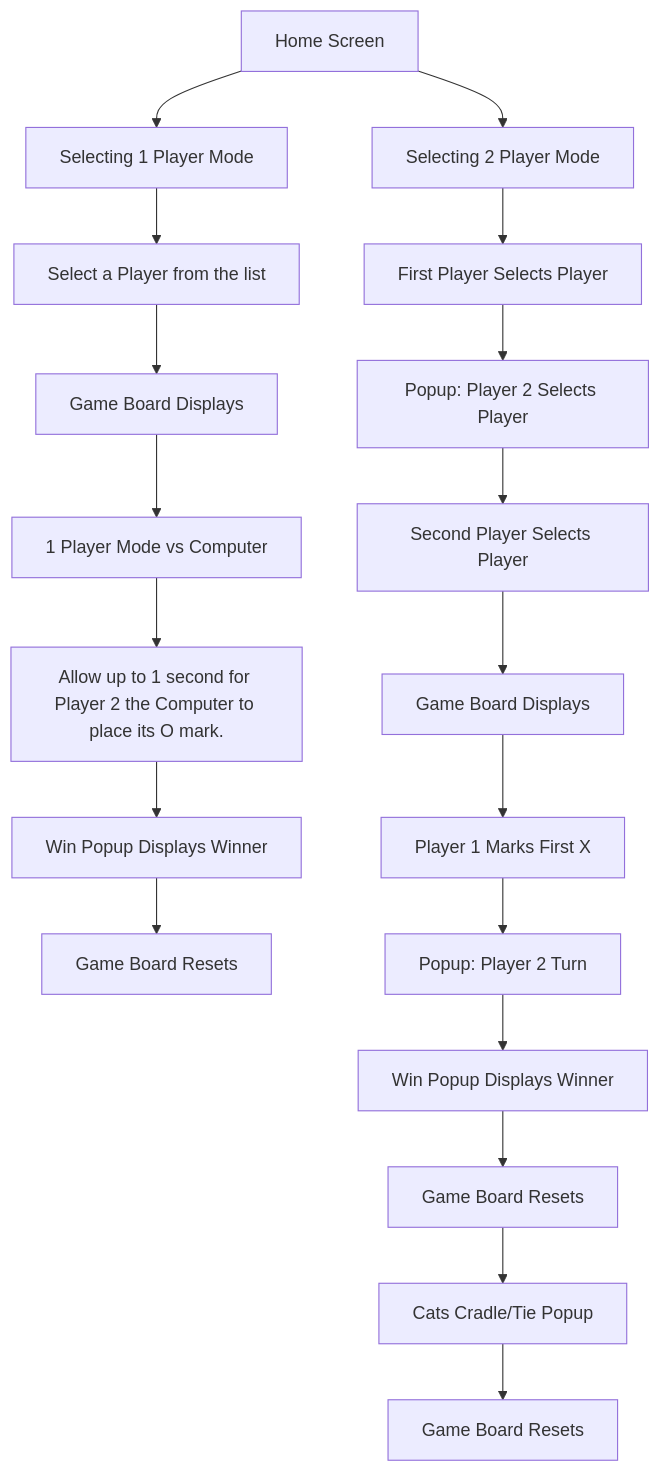
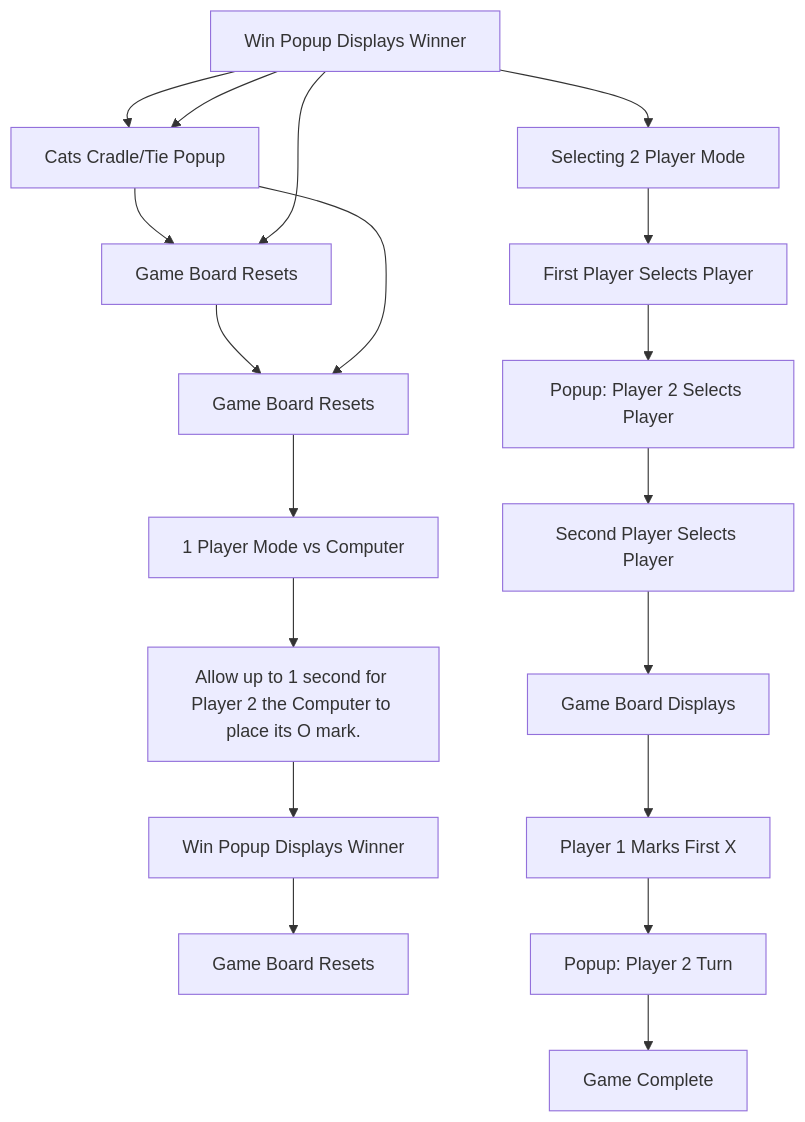
Before and after one commit to jfprogramming/tic-tac-toe: the second of 2 diagrams in README.md, drawn with Mermaid.

````diff
--- a/README.md
+++ b/README.md
@@ -59,21 +59,21 @@
 ```mermaid
 graph TD
     A[Home Screen] --> B[Selecting 1 Player Mode]
     B --> C[Select a Player from the list]
     C --> D[Game Board Displays]
     D --> E[1 Player Mode vs Computer]
     E --> F[Allow up to 1 second for Player 2 the Computer to place its O mark.]
     F --> G[Win Popup Displays Winner]
     G --> H[Game Board Resets]
     A --> I[Selecting 2 Player Mode]
     I --> J[First Player Selects Player]
     J --> K[Popup: Player 2 Selects Player]
     K --> L[Second Player Selects Player]
     L --> M[Game Board Displays]
     M --> N[Player 1 Marks First X]
     N --> O[Popup: Player 2 Turn]
-    O --> P[Win Popup Displays Winner]
-    P --> Q[Game Board Resets]
-    Q --> R[Cats Cradle/Tie Popup]
-    R --> S[Game Board Resets]
+    O --> P[Game Complete]
+    A[Win Popup Displays Winner] --> B[Cats Cradle/Tie Popup]
+    A --> C[Game Board Resets]
+    B --> D[Game Board Resets]
 ```
````
